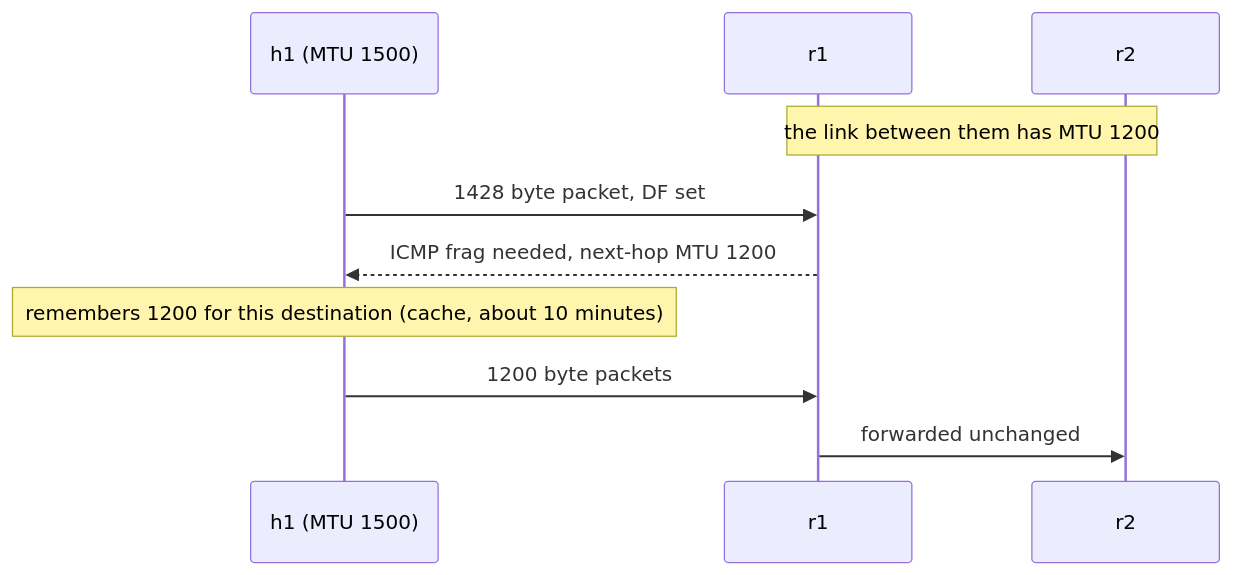
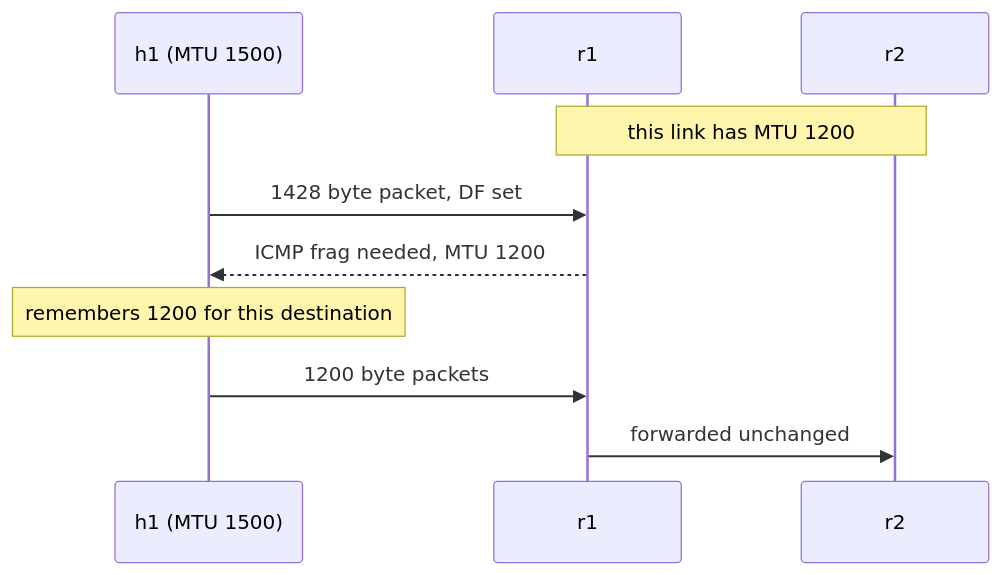
One commit to Princeahrwar/Study changed the fourth of 4 diagrams in 07_networking/02_ip_routing_and_layer3.md. Above: the diagram before and after it, drawn with Mermaid. The commit also changed other lines of this file, not shown here.

````diff
--- a/07_networking/02_ip_routing_and_layer3.md
+++ b/07_networking/02_ip_routing_and_layer3.md
@@ -913,12 +312,12 @@
 ```mermaid
 sequenceDiagram
   participant H as h1 (MTU 1500)
   participant R1 as r1
   participant R2 as r2
-  Note over R1,R2: the link between them has MTU 1200
+  Note over R1,R2: this link has MTU 1200
   H->>R1: 1428 byte packet, DF set
-  R1-->>H: ICMP frag needed, next-hop MTU 1200
-  Note over H: remembers 1200 for this destination (cache, about 10 minutes)
+  R1-->>H: ICMP frag needed, MTU 1200
+  Note over H: remembers 1200 for this destination
   H->>R1: 1200 byte packets
   R1->>R2: forwarded unchanged
 ```
````
